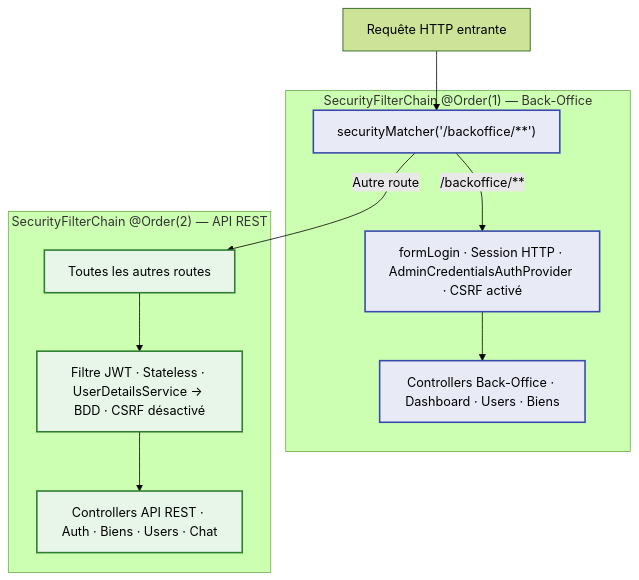
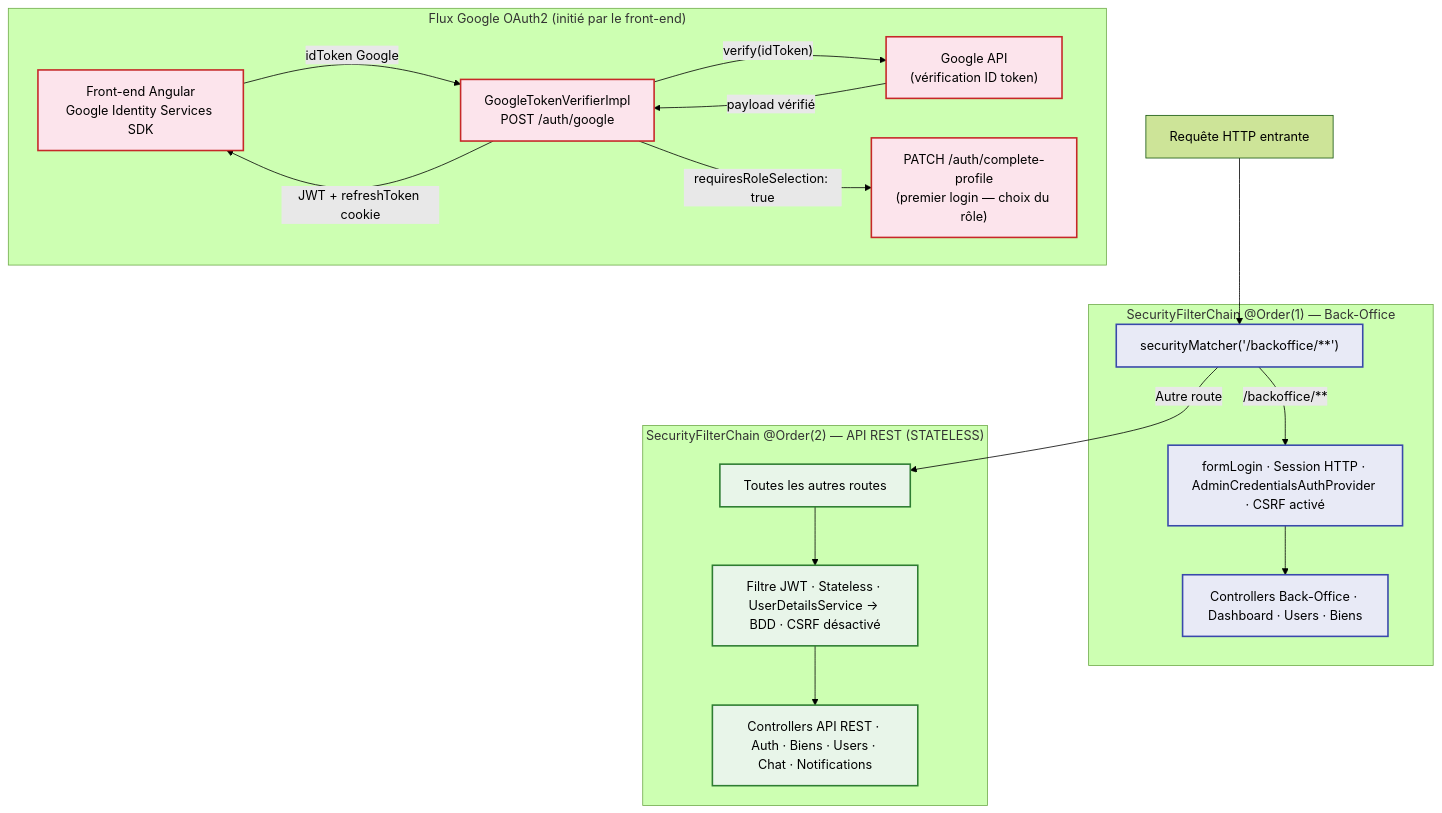
The second of 10 diagrams in DAT.md (Kupanga-App/kupanga-Api), drawn with Mermaid (forest theme) before and after one commit. The commit also changed other lines of this file and 26 other files, not shown here.

Commit message:
nouveau mode d'authentification avec Google Auth

````diff
--- a/DAT.md
+++ b/DAT.md
@@ -262,28 +264,43 @@
 ```mermaid
 graph TD
     classDef chainA fill:#e8eaf6,stroke:#3949ab,stroke-width:2px,color:black;
     classDef chainB fill:#e8f5e9,stroke:#2e7d32,stroke-width:2px,color:black;
+    classDef googleNode fill:#fce4ec,stroke:#c62828,stroke-width:2px,color:black;
     classDef infra fill:#fff9c4,stroke:#f9a825,stroke-width:2px,color:black;
 
     Request["Requête HTTP entrante"]
 
     subgraph Chain1["SecurityFilterChain @Order(1) — Back-Office"]
         Matcher1["securityMatcher('/backoffice/**')"]:::chainA
         FormLogin["formLogin · Session HTTP · AdminCredentialsAuthProvider · CSRF activé"]:::chainA
         BackControllers["Controllers Back-Office · Dashboard · Users · Biens"]:::chainA
     end
 
-    subgraph Chain2["SecurityFilterChain @Order(2) — API REST"]
+    subgraph Chain2["SecurityFilterChain @Order(2) — API REST (STATELESS)"]
         Matcher2["Toutes les autres routes"]:::chainB
         JwtFilter["Filtre JWT · Stateless · UserDetailsService → BDD · CSRF désactivé"]:::chainB
-        ApiControllers["Controllers API REST · Auth · Biens · Users · Chat"]:::chainB
+        ApiControllers["Controllers API REST · Auth · Biens · Users · Chat · Notifications"]:::chainB
+    end
+
+    subgraph GoogleFlow["Flux Google OAuth2 (initié par le front-end)"]
+        direction LR
+        FrontGoogle["Front-end Angular<br/>Google Identity Services SDK"]:::googleNode
+        GoogleAPI["Google API<br/>(vérification ID token)"]:::googleNode
+        GoogleVerifier["GoogleTokenVerifierImpl<br/>POST /auth/google"]:::googleNode
+        CompleteProfile["PATCH /auth/complete-profile<br/>(premier login — choix du rôle)"]:::googleNode
     end
 
     Request --> Matcher1
     Matcher1 -->|"/backoffice/**"| FormLogin
     FormLogin --> BackControllers
 
     Matcher1 -->|"Autre route"| Matcher2
     Matcher2 --> JwtFilter
     JwtFilter --> ApiControllers
+
+    FrontGoogle -->|"idToken Google"| GoogleVerifier
+    GoogleVerifier -->|"verify(idToken)"| GoogleAPI
+    GoogleAPI -->|"payload vérifié"| GoogleVerifier
+    GoogleVerifier -->|"requiresRoleSelection: true"| CompleteProfile
+    GoogleVerifier -->|"JWT + refreshToken cookie"| FrontGoogle
 ```
````
